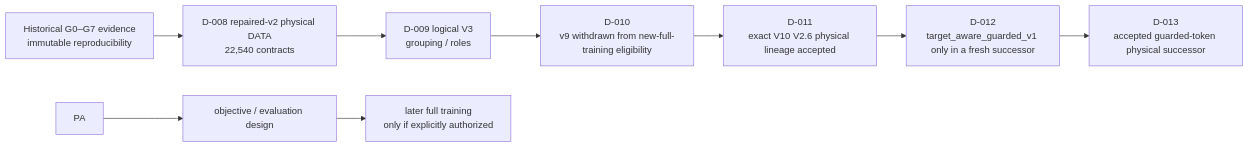
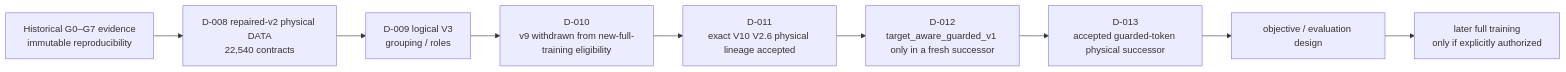
Before and after one commit to motafegh/sentinel-: the third of 4 diagrams in docs/handbook/01_architecture.md, drawn with Mermaid. The commit also changed other lines of this file, not shown here.

Commit message:
docs(handbook): fix R4 lifecycle diagram

````diff
--- a/docs/handbook/01_architecture.md
+++ b/docs/handbook/01_architecture.md
@@ -93,12 +94,12 @@
 ```mermaid
 flowchart LR
   H["Historical G0–G7 evidence\nimmutable reproducibility"]
   H --> D8["D-008 repaired-v2 physical DATA\n22,540 contracts"]
   D8 --> D9["D-009 logical V3\ngrouping / roles"]
   D9 --> D10["D-010\nv9 withdrawn from new-full-training eligibility"]
   D10 --> D11["D-011\nexact V10 V2.6 physical lineage accepted"]
   D11 --> D12["D-012\ntarget_aware_guarded_v1 only in a fresh successor"]
   D12 --> D13["D-013\naccepted guarded-token physical successor"]
-  PA --> OE["objective / evaluation design"]
+  D13 --> OE["objective / evaluation design"]
   OE --> T["later full training\nonly if explicitly authorized"]
 ```
````
